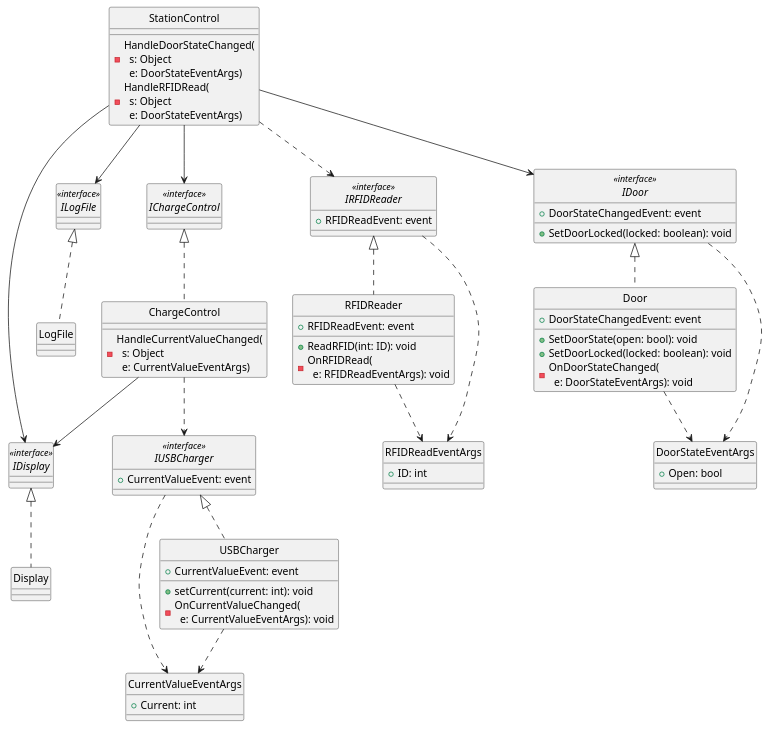
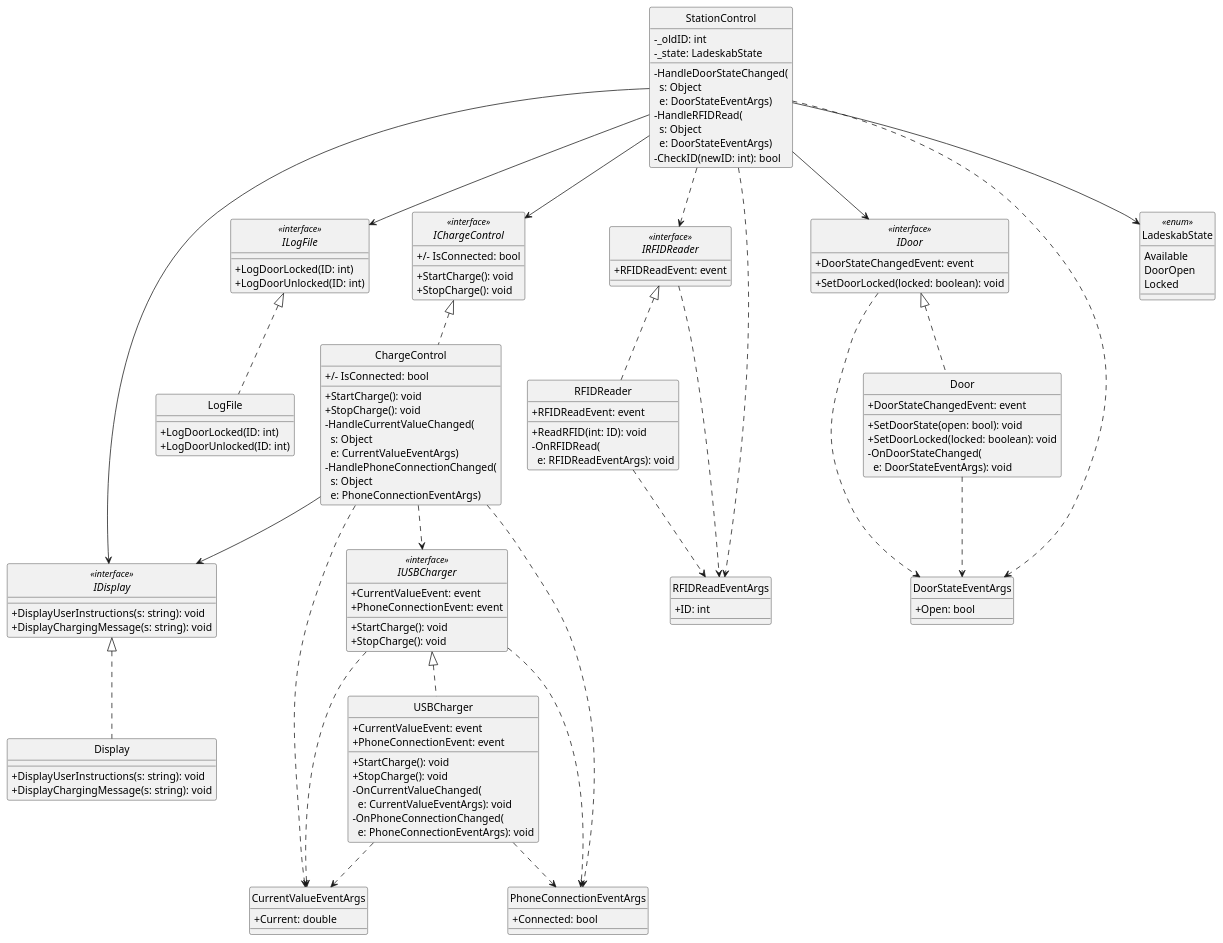
Before and after one commit to Yoda92/Aflevering2: the diagram in UML/ClassDiagram.puml, drawn with PlantUML.

Commit message:
Added methods to interfaces

```diff
--- a/UML/ClassDiagram.puml
+++ b/UML/ClassDiagram.puml
@@ -1,97 +1,134 @@
 @startuml
 hide circle
+skinparam classAttributeIconSize 0
 
 interface IDoor <<interface>> {
     + DoorStateChangedEvent: event
     + SetDoorLocked(locked: boolean): void
 }
 
 class Door {
     + DoorStateChangedEvent: event
     + SetDoorState(open: bool): void
     + SetDoorLocked(locked: boolean): void
     - OnDoorStateChanged(\n  e: DoorStateEventArgs): void
 }
 
 class DoorStateEventArgs {
     + Open: bool
 }
 
 interface IRFIDReader <<interface>>{
     + RFIDReadEvent: event
 }
 
 class RFIDReader {
     + RFIDReadEvent: event
     + ReadRFID(int: ID): void
     - OnRFIDRead(\n  e: RFIDReadEventArgs): void
 }
 
 class RFIDReadEventArgs {
     + ID: int
 }
 
 class StationControl {
+    - _oldID: int
+    - _state: LadeskabState
     - HandleDoorStateChanged(\n  s: Object\n  e: DoorStateEventArgs)
     - HandleRFIDRead(\n  s: Object\n  e: DoorStateEventArgs)
+    - CheckID(newID: int): bool
+}
+
+enum LadeskabState <<enum>>{
+    Available
+    DoorOpen
+    Locked
 }
 
 interface IUSBCharger <<interface>>{
     + CurrentValueEvent: event
+    + PhoneConnectionEvent: event
+    + StartCharge(): void
+    + StopCharge(): void
 }
 
 class CurrentValueEventArgs {
-    + Current: int
+    + Current: double
+}
+
+class PhoneConnectionEventArgs {
+    + Connected: bool
 }
 
 class USBCharger {
     + CurrentValueEvent: event
-    + setCurrent(current: int): void
+    + PhoneConnectionEvent: event
+    + StartCharge(): void
+    + StopCharge(): void
     - OnCurrentValueChanged(\n  e: CurrentValueEventArgs): void
+    - OnPhoneConnectionChanged(\n  e: PhoneConnectionEventArgs): void
 }
 
 interface IChargeControl <<interface>>{
-    
+    +/- IsConnected: bool
+    + StartCharge(): void
+    + StopCharge(): void
 }
 
 class ChargeControl {
+    +/- IsConnected: bool
+    + StartCharge(): void
+    + StopCharge(): void
     - HandleCurrentValueChanged(\n  s: Object\n  e: CurrentValueEventArgs)
+    - HandlePhoneConnectionChanged(\n  s: Object\n  e: PhoneConnectionEventArgs)
 }
 
 interface IDisplay <<interface>>{
-
+    + DisplayUserInstructions(s: string): void
+    + DisplayChargingMessage(s: string): void
 }
 
 class Display {
-
+    + DisplayUserInstructions(s: string): void
+    + DisplayChargingMessage(s: string): void
 }
 
 interface ILogFile <<interface>>{
-
+    + LogDoorLocked(ID: int)
+    + LogDoorUnlocked(ID: int)
 }
 
 class LogFile {
-
+    + LogDoorLocked(ID: int)
+    + LogDoorUnlocked(ID: int)
 }
 
 
 Door .up.|> IDoor
-Door ..> DoorStateEventArgs
-IDoor ..> DoorStateEventArgs
 StationControl --> IDoor
 RFIDReader .up.|> IRFIDReader
 RFIDReader ..> RFIDReadEventArgs
 IRFIDReader ..> RFIDReadEventArgs
 StationControl ..> IRFIDReader
 USBCharger .up.|> IUSBCharger
 USBCharger ..> CurrentValueEventArgs
 IUSBCharger ..> CurrentValueEventArgs
+USBCharger ..> PhoneConnectionEventArgs
+IUSBCharger ..> PhoneConnectionEventArgs
 ChargeControl ..> IUSBCharger
 StationControl --> IChargeControl
 ChargeControl .up.|> IChargeControl
 LogFile .up.|> ILogFile
 StationControl --> ILogFile
 Display .up.|> IDisplay
 StationControl --> IDisplay
 ChargeControl --> IDisplay 
+StationControl --> LadeskabState
+StationControl ..> RFIDReadEventArgs
+StationControl ..> DoorStateEventArgs
+IDoor ..> DoorStateEventArgs
+Door ..> DoorStateEventArgs
+ChargeControl ..> CurrentValueEventArgs
+ChargeControl ..> PhoneConnectionEventArgs
 @enduml
```
